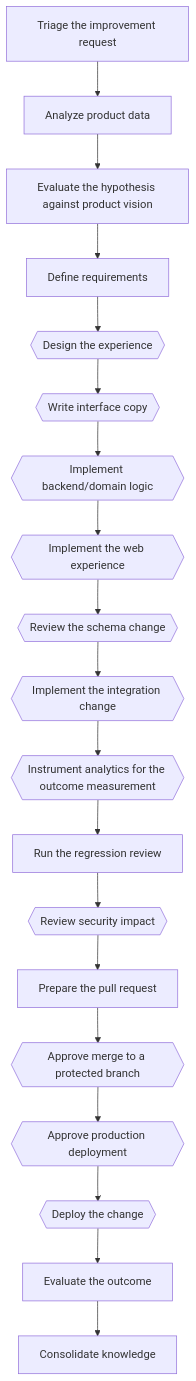
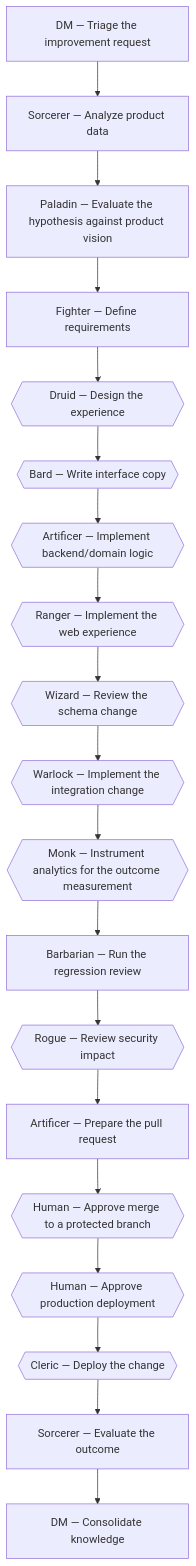
The diagram in .guild/core/workflows/improve-product/workflow.md (xavitoro/guild), drawn with Mermaid before and after one commit. The commit also changed other lines of this file and 129 other files, not shown here.

````diff
--- a/.guild/core/workflows/improve-product/workflow.md
+++ b/.guild/core/workflows/improve-product/workflow.md
@@ -17,40 +17,40 @@
 ```mermaid
 flowchart TD
-    improve-product-01-triage["Triage the improvement request"]
-    improve-product-02-analyze-data["Analyze product data"]
-    improve-product-03-evaluate-hypothesis["Evaluate the hypothesis against product vision"]
-    improve-product-04-define-requirements["Define requirements"]
-    improve-product-05-design-experience{{"Design the experience"}}
-    improve-product-06-write-copy{{"Write interface copy"}}
-    improve-product-07-implement-backend{{"Implement backend/domain logic"}}
-    improve-product-08-implement-frontend{{"Implement the web experience"}}
-    improve-product-09-review-schema{{"Review the schema change"}}
-    improve-product-10-implement-integration{{"Implement the integration change"}}
-    improve-product-11-instrument-analytics{{"Instrument analytics for the outcome measurement"}}
-    improve-product-12-regression-review["Run the regression review"]
-    improve-product-13-threat-model{{"Review security impact"}}
-    improve-product-14-prepare-pull-request["Prepare the pull request"]
-    improve-product-15-human-approval-merge{{"Approve merge to a protected branch"}}
-    improve-product-16-human-approval-deploy{{"Approve production deployment"}}
-    improve-product-17-deploy{{"Deploy the change"}}
-    improve-product-18-evaluate-outcome["Evaluate the outcome"]
-    improve-product-19-consolidate-knowledge["Consolidate knowledge"]
+    improve-product-01-triage["DM — Triage the improvement request"]
+    improve-product-02-analyze-data["Sorcerer — Analyze product data"]
+    improve-product-03-evaluate-hypothesis["Paladin — Evaluate the hypothesis against product vision"]
+    improve-product-04-define-requirements["Fighter — Define requirements"]
+    improve-product-05-design-experience{{"Druid — Design the experience"}}
+    improve-product-06-write-copy{{"Bard — Write interface copy"}}
+    improve-product-07-implement-backend{{"Artificer — Implement backend/domain logic"}}
+    improve-product-08-implement-frontend{{"Ranger — Implement the web experience"}}
+    improve-product-09-review-schema{{"Wizard — Review the schema change"}}
+    improve-product-10-implement-integration{{"Warlock — Implement the integration change"}}
+    improve-product-11-instrument-analytics{{"Monk — Instrument analytics for the outcome measurement"}}
+    improve-product-12-regression-review["Barbarian — Run the regression review"]
+    improve-product-13-threat-model{{"Rogue — Review security impact"}}
+    improve-product-14-prepare-pull-request["Artificer — Prepare the pull request"]
+    improve-product-15-human-approval-merge{{"Human — Approve merge to a protected branch"}}
+    improve-product-16-human-approval-deploy{{"Human — Approve production deployment"}}
+    improve-product-17-deploy{{"Cleric — Deploy the change"}}
+    improve-product-18-evaluate-outcome["Sorcerer — Evaluate the outcome"]
+    improve-product-19-consolidate-knowledge["DM — Consolidate knowledge"]
     improve-product-01-triage --> improve-product-02-analyze-data
     improve-product-02-analyze-data --> improve-product-03-evaluate-hypothesis
     improve-product-03-evaluate-hypothesis --> improve-product-04-define-requirements
     improve-product-04-define-requirements --> improve-product-05-design-experience
     improve-product-05-design-experience --> improve-product-06-write-copy
     improve-product-06-write-copy --> improve-product-07-implement-backend
     improve-product-07-implement-backend --> improve-product-08-implement-frontend
     improve-product-08-implement-frontend --> improve-product-09-review-schema
     improve-product-09-review-schema --> improve-product-10-implement-integration
     improve-product-10-implement-integration --> improve-product-11-instrument-analytics
     improve-product-11-instrument-analytics --> improve-product-12-regression-review
     improve-product-12-regression-review --> improve-product-13-threat-model
     improve-product-13-threat-model --> improve-product-14-prepare-pull-request
     improve-product-14-prepare-pull-request --> improve-product-15-human-approval-merge
     improve-product-15-human-approval-merge --> improve-product-16-human-approval-deploy
     improve-product-16-human-approval-deploy --> improve-product-17-deploy
     improve-product-17-deploy --> improve-product-18-evaluate-outcome
     improve-product-18-evaluate-outcome --> improve-product-19-consolidate-knowledge
 ```
````
